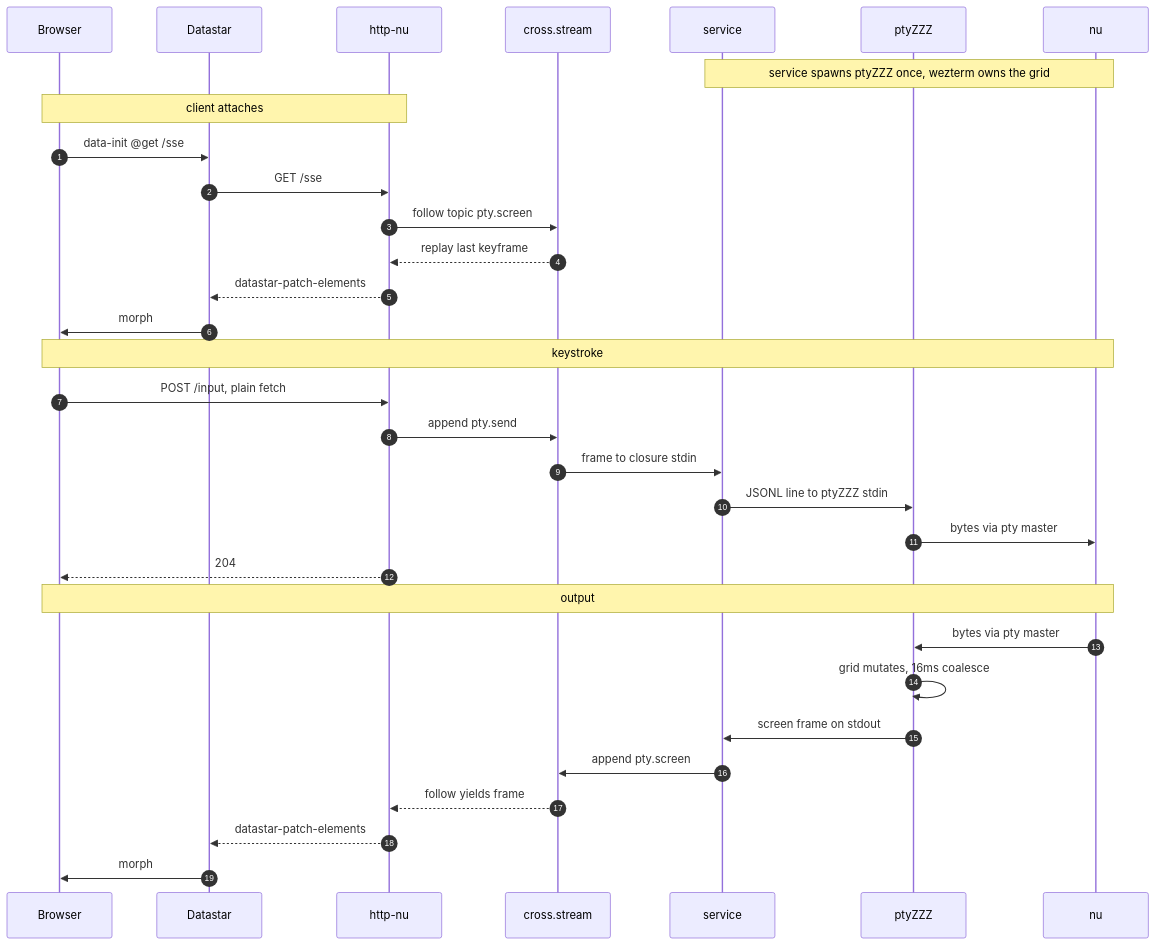
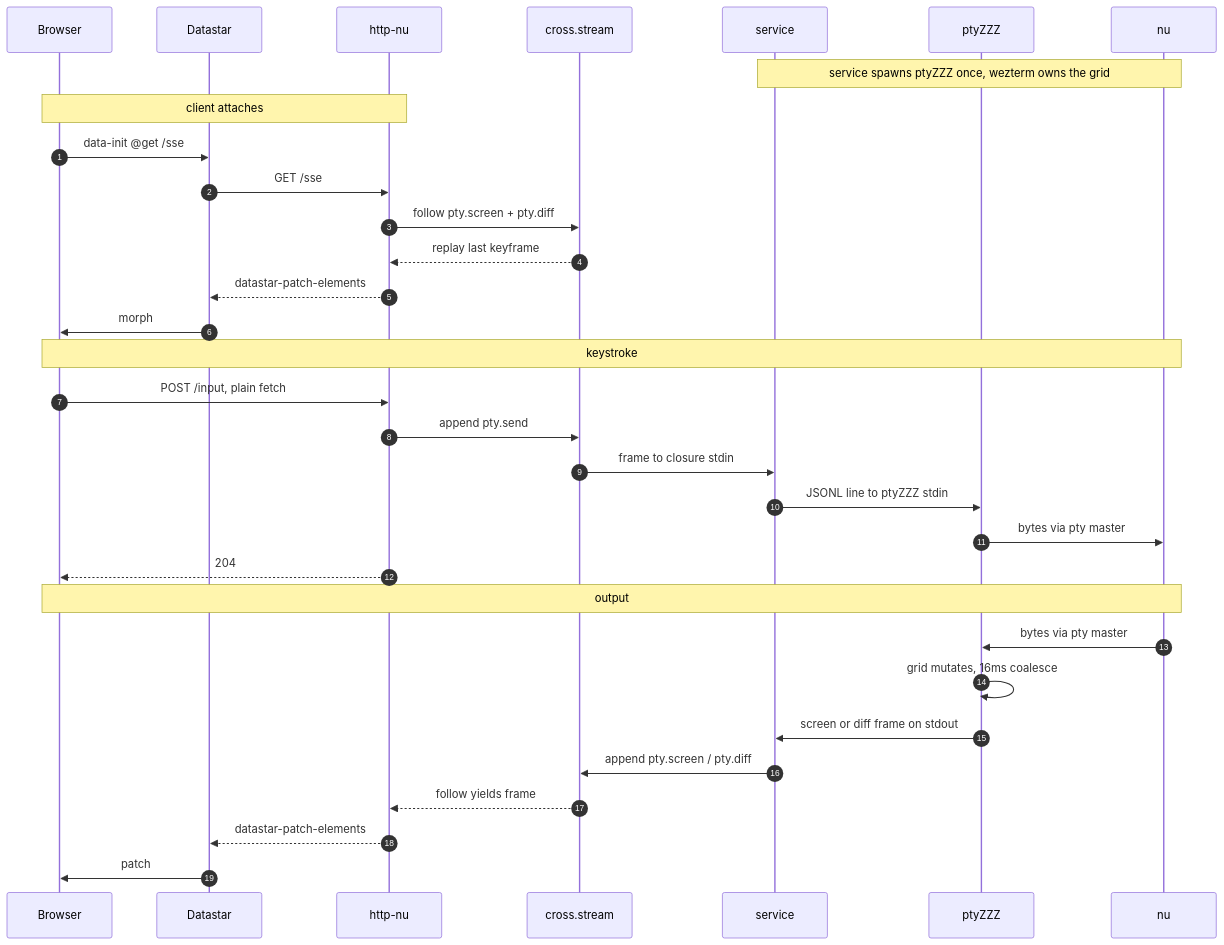
The diagram in README.md (cablehead/ptyZZZ), drawn with Mermaid before and after one commit. The commit also changed other lines of this file, not shown here.

Commit message:
docs: update README for diff protocol, ephemeral deltas, cube demo

````diff
--- a/README.md
+++ b/README.md
@@ -146,38 +161,38 @@
 ```mermaid
 sequenceDiagram
     autonumber
     participant Browser
     participant DS as Datastar
     participant HTTP as http-nu
     participant XS as cross.stream
     participant Svc as service
     participant Pty as ptyZZZ
     participant Sh as nu
 
     Note over Svc,Sh: service spawns ptyZZZ once, wezterm owns the grid
 
     Note over Browser,HTTP: client attaches
     Browser->>DS: data-init @get /sse
     DS->>HTTP: GET /sse
-    HTTP->>XS: follow topic pty.screen
+    HTTP->>XS: follow pty.screen + pty.diff
     XS-->>HTTP: replay last keyframe
     HTTP-->>DS: datastar-patch-elements
     DS->>Browser: morph #grid
 
     Note over Browser,Sh: keystroke
     Browser->>HTTP: POST /input, plain fetch
     HTTP->>XS: append pty.send
     XS->>Svc: frame to closure stdin
     Svc->>Pty: JSONL line to ptyZZZ stdin
     Pty->>Sh: bytes via pty master
     HTTP-->>Browser: 204
 
     Note over Sh,Browser: output
     Sh->>Pty: bytes via pty master
     Pty->>Pty: grid mutates, 16ms coalesce
-    Pty->>Svc: screen frame on stdout
-    Svc->>XS: append pty.screen
+    Pty->>Svc: screen or diff frame on stdout
+    Svc->>XS: append pty.screen / pty.diff
     XS-->>HTTP: follow yields frame
     HTTP-->>DS: datastar-patch-elements
-    DS->>Browser: morph #grid
+    DS->>Browser: patch #grid
 ```
````
